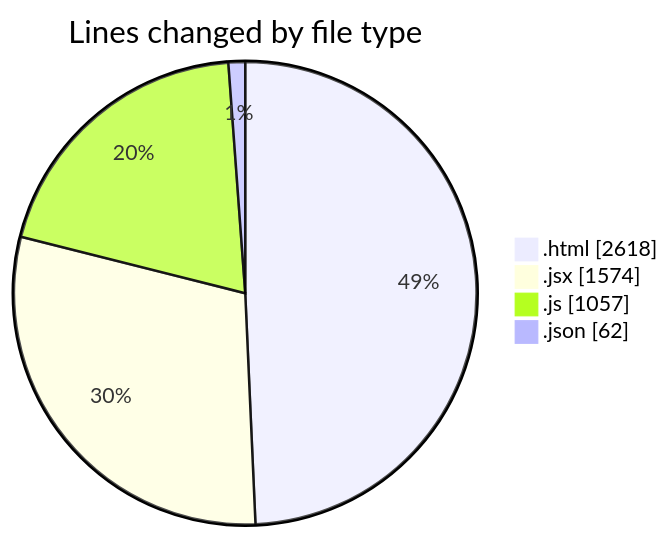
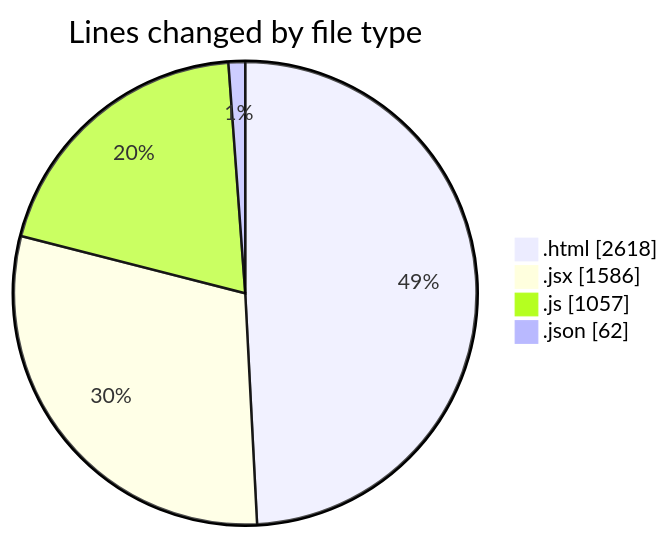
One commit to nxtqubesakshisongat/code-tracking changed the first of 2 diagrams in 2025-08-08/nxtqube_webapp/README.md. Above: the diagram before and after it, drawn with Mermaid. The commit also changed other lines of this file and 1 other file, not shown here.

````diff
--- a/2025-08-08/nxtqube_webapp/README.md
+++ b/2025-08-08/nxtqube_webapp/README.md
@@ -24,8 +24,8 @@
 ```mermaid
 pie showData
 title Lines changed by file type
 ".html" : 2618
-".jsx" : 1574
+".jsx" : 1586
 ".js" : 1057
 ".json" : 62
 ```
````
